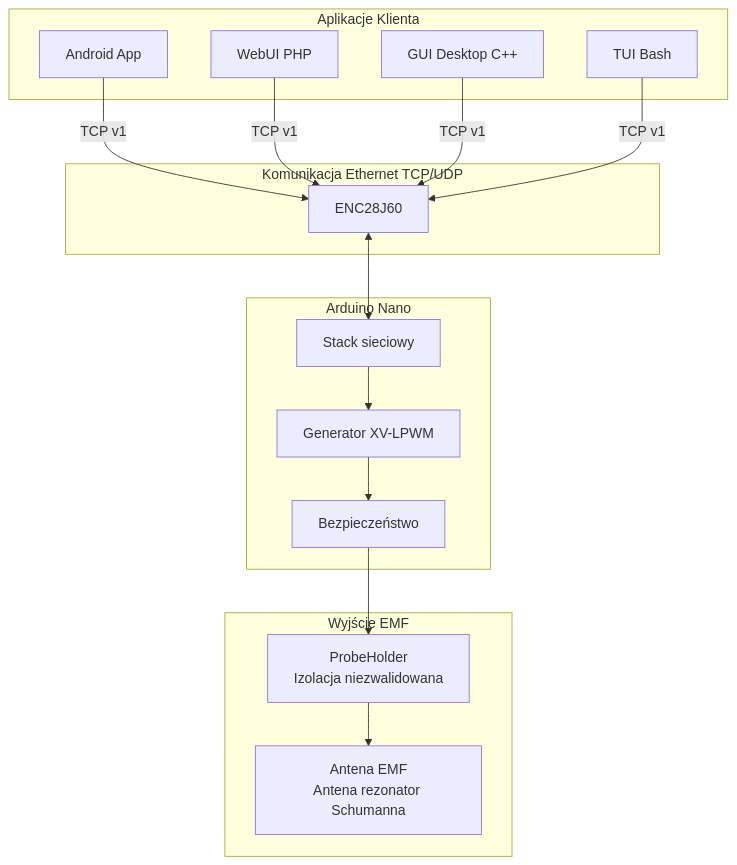
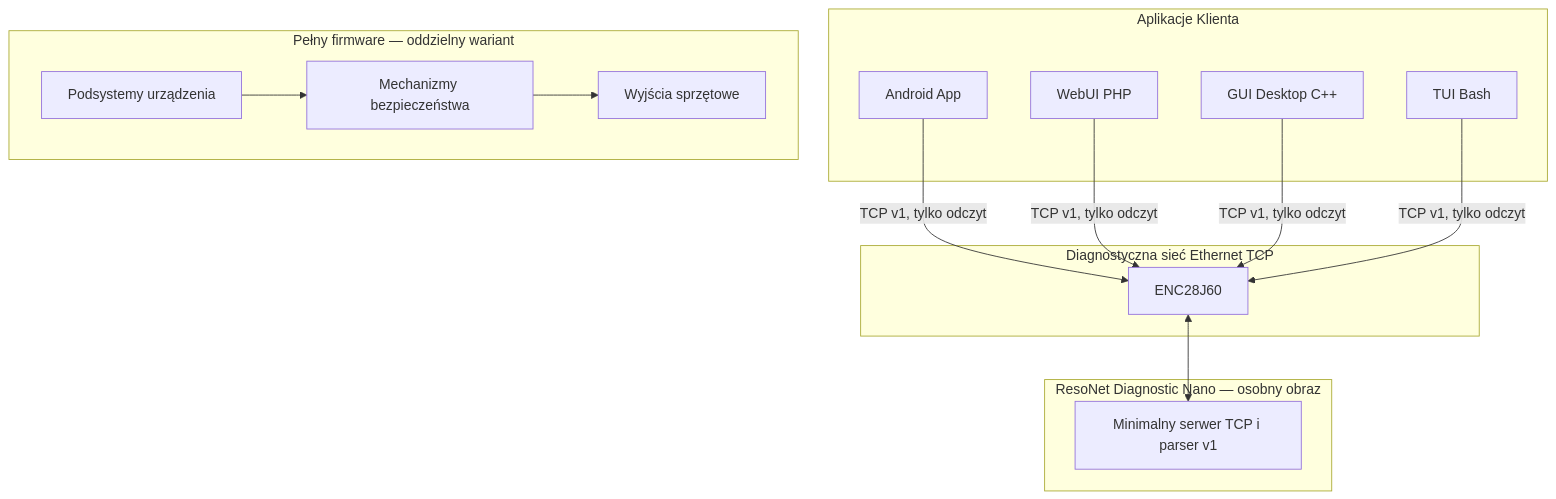
The diagram in README.md (bartoszruta26-droid/Bioresonance), drawn with Mermaid before and after one commit. The commit also changed other lines of this file, not shown here.

Commit message:
Document separate minimal diagnostic Nano image and clarify architecture

````diff
--- a/README.md
+++ b/README.md
@@ -72,35 +72,31 @@
 ```mermaid
 graph TD
     subgraph Klient["Aplikacje Klienta"]
         A[Android App]
         B[WebUI PHP]
         C[GUI Desktop C++]
         D[TUI Bash]
     end
 
-    subgraph Sieć["Komunikacja Ethernet TCP/UDP"]
+    subgraph Sieć["Diagnostyczna sieć Ethernet TCP"]
         E[ENC28J60]
     end
 
-    subgraph Arduino["Arduino Nano"]
-        F[Generator XV-LPWM]
-        G[Bezpieczeństwo]
-        H[Stack sieciowy]
+    subgraph Diagnostic["ResoNet Diagnostic Nano — osobny obraz"]
+        H[Minimalny serwer TCP i parser v1]
     end
 
-    subgraph Wyjście["Wyjście EMF"]
-        I[ProbeHolder<br/>Izolacja niezwalidowana]
-        J[Antena EMF<br/>Antena rezonator Schumanna]
+    subgraph Full["Pełny firmware — oddzielny wariant"]
+        F[Podsystemy urządzenia]
+        G[Mechanizmy bezpieczeństwa]
+        I[Wyjścia sprzętowe]
     end
 
-    A -->|TCP v1| E
-    B -->|TCP v1| E
-    C -->|TCP v1| E
-    D -->|TCP v1| E
-    
+    A -->|TCP v1, tylko odczyt| E
+    B -->|TCP v1, tylko odczyt| E
+    C -->|TCP v1, tylko odczyt| E
+    D -->|TCP v1, tylko odczyt| E
     E <--> H
-    H --> F
     F --> G
     G --> I
-    I --> J
 ```
````
